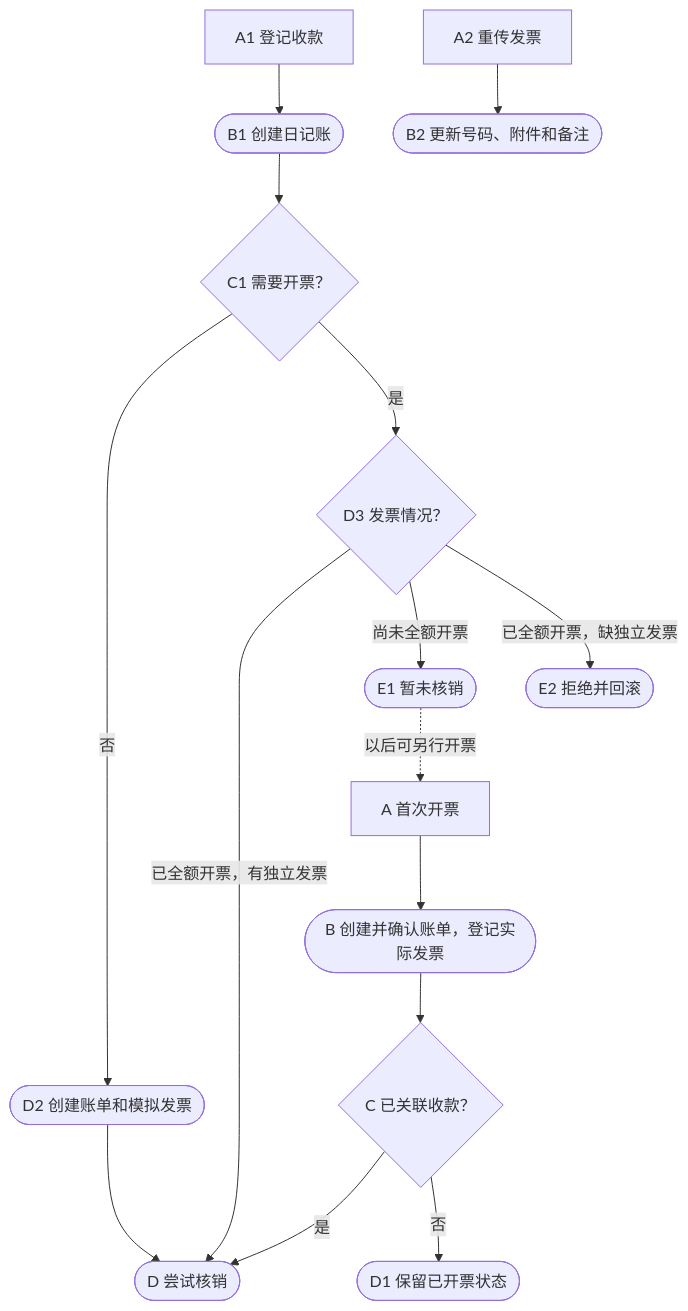
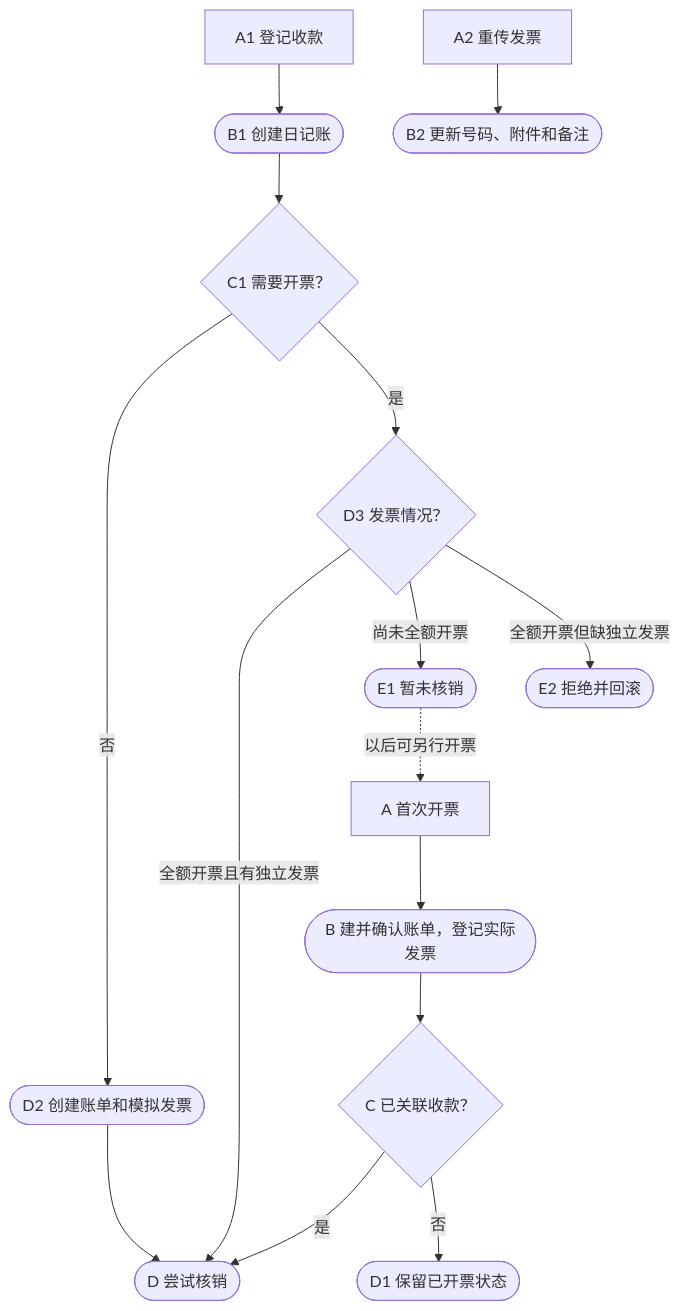
One commit to mapanpan0802-ui/codexAi changed the third of 6 diagrams in skill-previews/code-module-feature-map/yard-tank-clean/developer-guide.md. Above: the diagram before and after it, drawn with Mermaid. The commit also changed other lines of this file and 6 other files, not shown here.

````diff
--- a/skill-previews/code-module-feature-map/yard-tank-clean/developer-guide.md
+++ b/skill-previews/code-module-feature-map/yard-tank-clean/developer-guide.md
@@ -79,17 +77,17 @@
 ```mermaid
 flowchart TD
-    A["A 首次开票"] --> B(["B 创建并确认账单，登记实际发票"])
+    A["A 首次开票"] --> B(["B 建并确认账单，登记实际发票"])
     B --> C{"C 已关联收款？"}
     C -->|是| D(["D 尝试核销"])
     C -->|否| D1(["D1 保留已开票状态"])
     A1["A1 登记收款"] --> B1(["B1 创建日记账"])
     B1 --> C1{"C1 需要开票？"}
     C1 -->|否| D2(["D2 创建账单和模拟发票"])
     D2 --> D
     C1 -->|是| D3{"D3 发票情况？"}
-    D3 -->|已全额开票，有独立发票| D
+    D3 -->|全额开票且有独立发票| D
     D3 -->|尚未全额开票| E1(["E1 暂未核销"])
-    D3 -->|已全额开票，缺独立发票| E2(["E2 拒绝并回滚"])
+    D3 -->|全额开票但缺独立发票| E2(["E2 拒绝并回滚"])
     E1 -. "以后可另行开票" .-> A
     A2["A2 重传发票"] --> B2(["B2 更新号码、附件和备注"])
 ```
````
